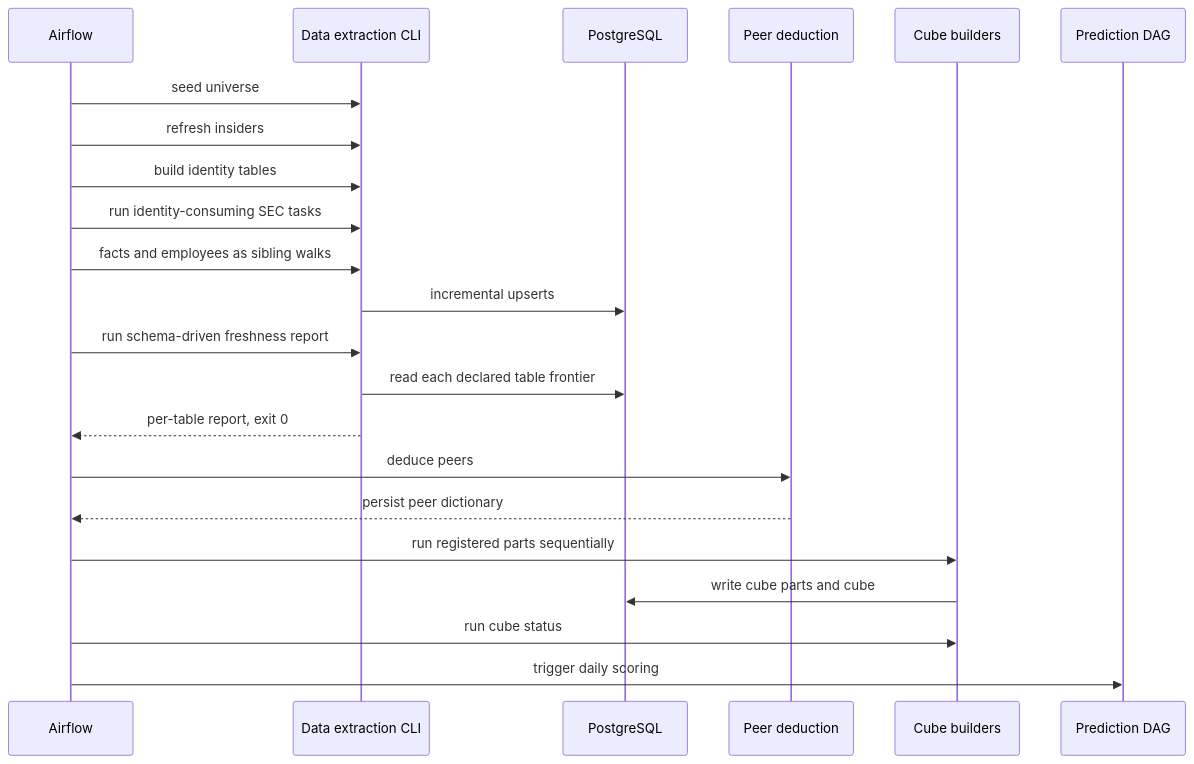
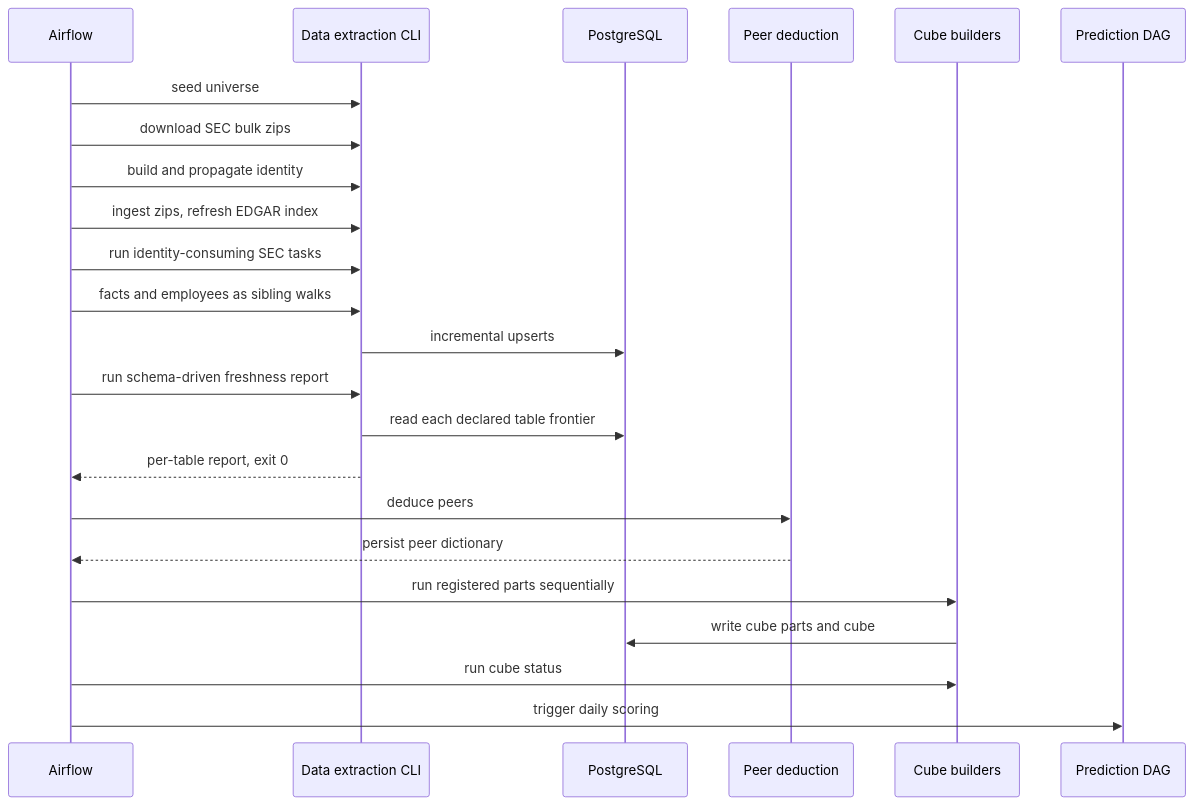
Before and after one commit to alexandredelarrard/PEA: the diagram in wiki/flows/nightly-data-refresh.md, drawn with Mermaid. The commit also changed other lines of this file and 17 other files, not shown here.

Commit message:
docs(wiki): data_extract functional steps, new commands, DAG graph, cold start

```diff
--- a/wiki/flows/nightly-data-refresh.md
+++ b/wiki/flows/nightly-data-refresh.md
@@ -21,24 +21,25 @@
 ~~~mermaid
 sequenceDiagram
   participant Airflow
   participant Extract as Data extraction CLI
   participant Store as PostgreSQL
   participant Peers as Peer deduction
   participant Cube as Cube builders
   participant Predict as Prediction DAG
   Airflow->>Extract: seed universe
-  Airflow->>Extract: refresh insiders
-  Airflow->>Extract: build identity tables
+  Airflow->>Extract: download SEC bulk zips
+  Airflow->>Extract: build and propagate identity
+  Airflow->>Extract: ingest zips, refresh EDGAR index
   Airflow->>Extract: run identity-consuming SEC tasks
   Airflow->>Extract: facts and employees as sibling walks
   Extract->>Store: incremental upserts
   Airflow->>Extract: run schema-driven freshness report
   Extract->>Store: read each declared table frontier
   Extract-->>Airflow: per-table report, exit 0
   Airflow->>Peers: deduce peers
   Peers-->>Airflow: persist peer dictionary
   Airflow->>Cube: run registered parts sequentially
   Cube->>Store: write cube parts and cube
   Airflow->>Cube: run cube status
   Airflow->>Predict: trigger daily scoring
 ~~~
```
